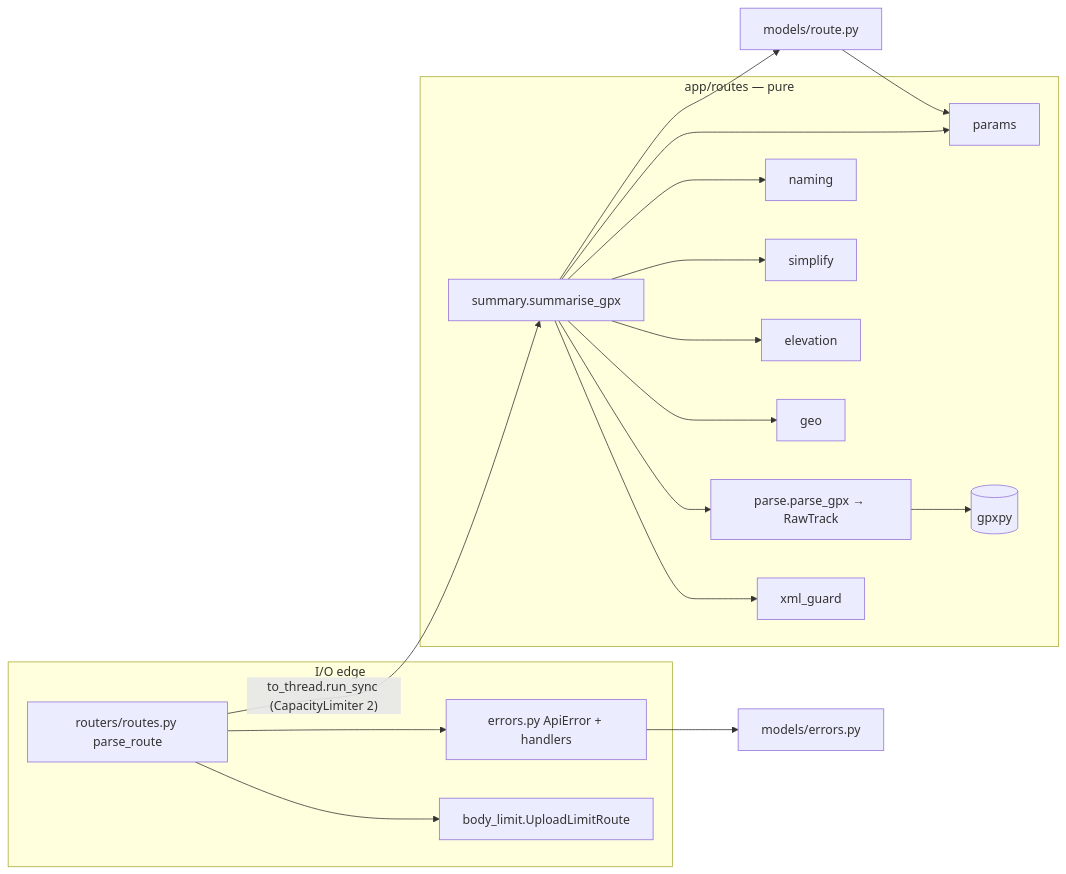
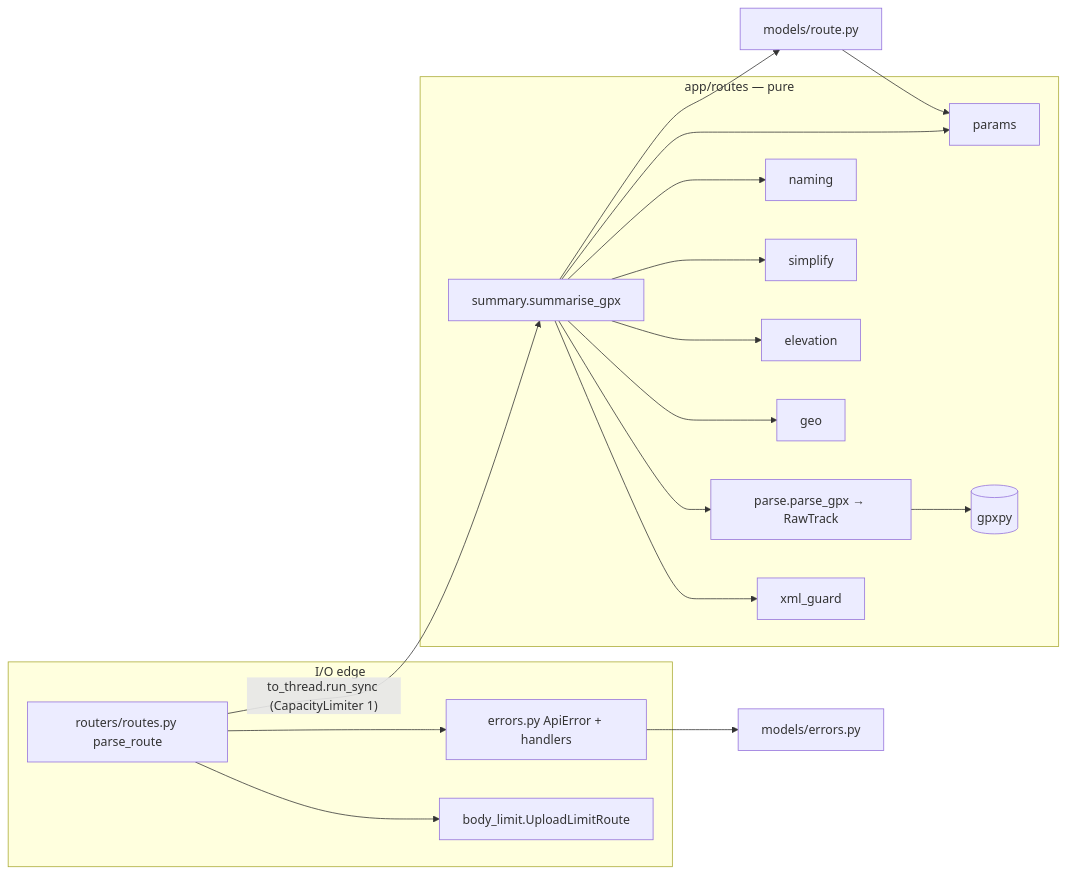
One commit to YoavIsaacs/hiking_app changed the diagram in docs/adr/0004-gpx-parser.md. Above: the diagram before and after it, drawn with Mermaid. The commit also changed other lines of this file, not shown here.

````diff
--- a/docs/adr/0004-gpx-parser.md
+++ b/docs/adr/0004-gpx-parser.md
@@ -757,16 +816,16 @@
 ```mermaid
 flowchart LR
   subgraph edge [I/O edge]
     RT[routers/routes.py parse_route] --> BL[body_limit.UploadLimitRoute]
     RT --> ER[errors.py ApiError + handlers]
   end
   subgraph pure [app/routes — pure]
     SUM[summary.summarise_gpx] --> XG[xml_guard] & PG[parse.parse_gpx → RawTrack] & GEO[geo] & ELE[elevation] & SIM[simplify] & NM[naming]
     PG --> GPXPY[(gpxpy)]
     SUM --> PAR[params]
   end
-  RT -- "to_thread.run_sync (CapacityLimiter 2)" --> SUM
+  RT -- "to_thread.run_sync (CapacityLimiter 1)" --> SUM
   SUM --> MR[models/route.py]
   ER --> ME[models/errors.py]
   MR --> PAR
 ```
````
